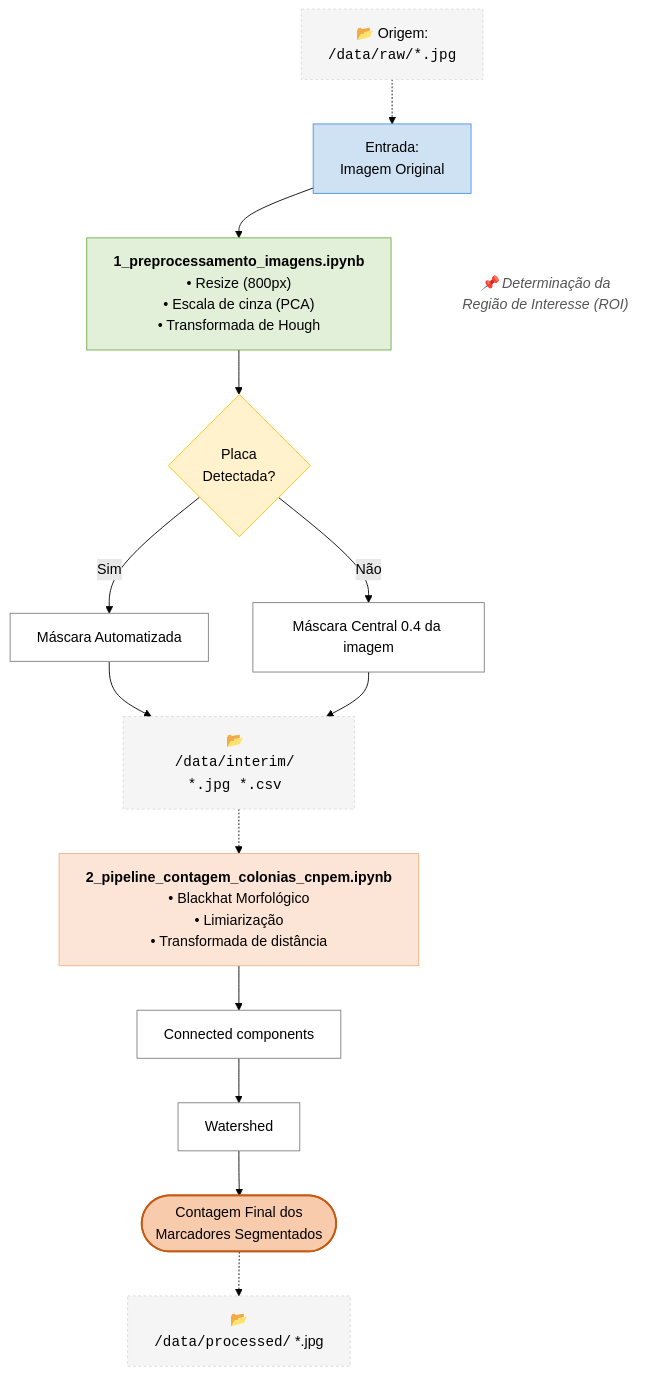
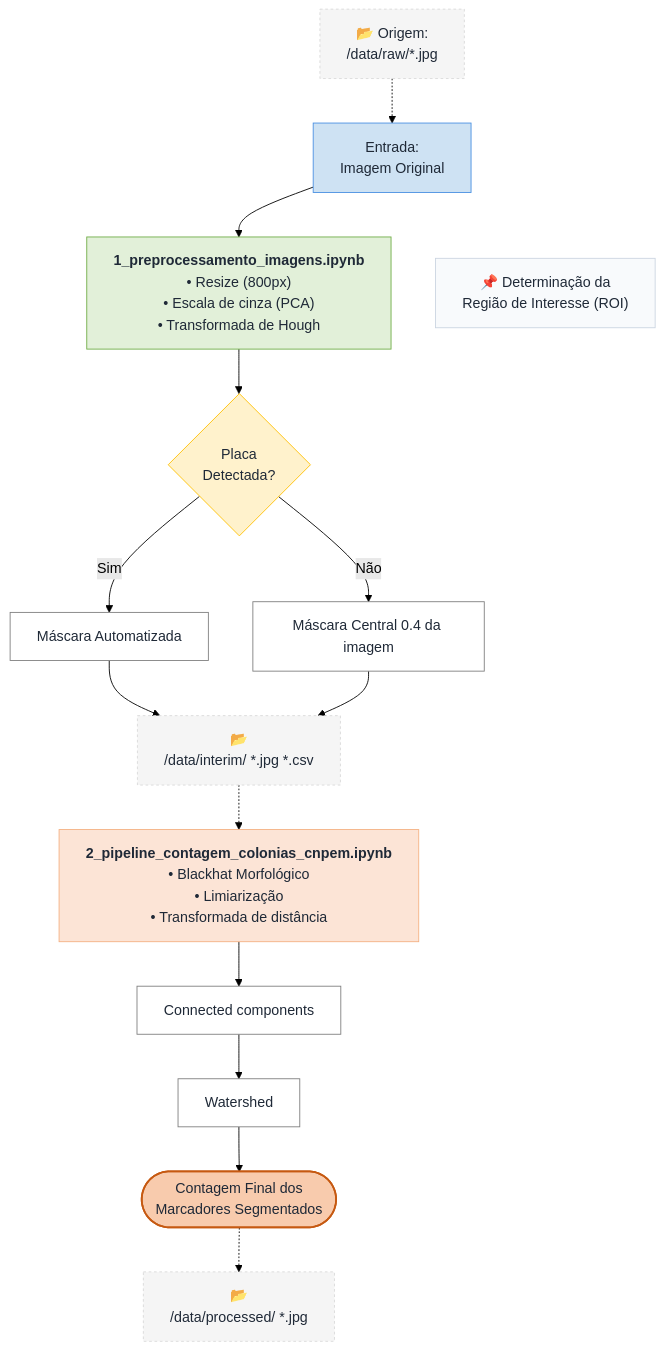
The diagram in projetos/pattern-recognition-in-petri-dishes/README.md (Disciplinas-FEEC/IA901-2026S1), drawn with Mermaid (forest theme) before and after one commit.

Commit message:
update mermaid workflow style

````diff
--- a/projetos/pattern-recognition-in-petri-dishes/README.md
+++ b/projetos/pattern-recognition-in-petri-dishes/README.md
@@ -141,51 +141,51 @@
 ```mermaid
 graph TD
 
-    OBS1["📂 Origem: <br><code>/data/raw/*.jpg </code>"] -.-> A
-    OBS2["📂  <br><code>/data/interim/ *.jpg *.csv </code>"] -.-> NB2
-    OBS3["📂  <br><code>/data/processed/</code> *.jpg"]
+    OBS1["📂 Origem: <br>/data/raw/*.jpg"] -.-> A
+    OBS2["📂  <br>/data/interim/ *.jpg *.csv"] -.-> NB2
+    OBS3["📂  <br>/data/processed/ *.jpg"]
 
     A[Entrada:<br>Imagem Original] --> NB1
 
     %% Primeiro Bloco (Notebook 1) como uma macro-etapa unificada
     NB1["<b>1_preprocessamento_imagens.ipynb</b><br>• Resize (800px)<br>• Escala de cinza (PCA)<br>• Transformada de Hough"] 
     
     %% Decisão da Placa
     NB1 --> F{Placa<br>Detectada?}
 
     A ~~~ TXT1["📌 Determinação da<br>Região de Interesse (ROI)"]
     
     %% Ramificações paralelas
     F -- Sim --> G[Máscara Automatizada]
     F -- Não --> H[Máscara Central 0.4 da imagem]
     
     %% Convergência para o Segundo Bloco (Notebook 2)
     G --> OBS2
     H --> OBS2
 
 
 
     %% Segundo Bloco como macro-etapa de Processamento Morfológico
     NB2["<b>2_pipeline_contagem_colonias_cnpem.ipynb</b><br>• Blackhat Morfológico<br>• Limiarização<br>• Transformada de distância"]
 
     %% Etapas Finais de Segmentação e Contagem
     NB2 --> M[Connected components ]
     M --> N[Watershed]
     N --> U([Contagem Final dos<br>Marcadores Segmentados])
     U -.-> OBS3
 
     %% Estilização baseada na paleta de cores da sua referência
-    style OBS1 fill:#f5f5f5,stroke:#d9d9d9,stroke-width:1px,stroke-dasharray: 3 3
-    style OBS2 fill:#f5f5f5,stroke:#d9d9d9,stroke-width:1px,stroke-dasharray: 3 3
-    style OBS3 fill:#f5f5f5,stroke:#d9d9d9,stroke-width:1px,stroke-dasharray: 3 3
-    style A fill:#cee2f3,stroke:#4a90e2,stroke-width:1px
-    style NB1 fill:#e2f0d9,stroke:#70ad47,stroke-width:1px
-    style F fill:#fff2cc,stroke:#ffc000,stroke-width:1px
-    style G fill:#fff,stroke:#7f7f7f,stroke-width:1px
-    style H fill:#fff,stroke:#7f7f7f,stroke-width:1px
-    style NB2 fill:#fce4d6,stroke:#f4b183,stroke-width:1px
-    style M fill:#fff,stroke:#7f7f7f,stroke-width:1px
-    style N fill:#fff,stroke:#7f7f7f,stroke-width:1px
-    style U fill:#f8cbad,stroke:#c65911,stroke-width:2px
-    style TXT1 fill:none,stroke:none,font-style:italic,color:#555
+    style OBS1 fill:#f5f5f5,stroke:#d9d9d9,stroke-width:1px,stroke-dasharray: 3 3,color:#1f2937
+    style OBS2 fill:#f5f5f5,stroke:#d9d9d9,stroke-width:1px,stroke-dasharray: 3 3,color:#1f2937
+    style OBS3 fill:#f5f5f5,stroke:#d9d9d9,stroke-width:1px,stroke-dasharray: 3 3,color:#1f2937
+    style A fill:#cee2f3,stroke:#4a90e2,stroke-width:1px,color:#1f2937
+    style NB1 fill:#e2f0d9,stroke:#70ad47,stroke-width:1px,color:#1f2937
+    style F fill:#fff2cc,stroke:#ffc000,stroke-width:1px,color:#1f2937
+    style G fill:#fff,stroke:#7f7f7f,stroke-width:1px,color:#1f2937
+    style H fill:#fff,stroke:#7f7f7f,stroke-width:1px,color:#1f2937
+    style NB2 fill:#fce4d6,stroke:#f4b183,stroke-width:1px,color:#1f2937
+    style M fill:#fff,stroke:#7f7f7f,stroke-width:1px,color:#1f2937
+    style N fill:#fff,stroke:#7f7f7f,stroke-width:1px,color:#1f2937
+    style U fill:#f8cbad,stroke:#c65911,stroke-width:2px,color:#1f2937
+    style TXT1 fill:#f8fafc,stroke:#cbd5e1,color:#1f2937
 ```
````
